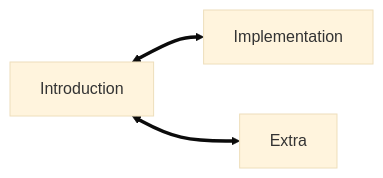
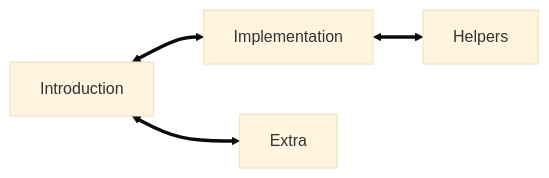
One commit to Iximiel/cudaOnPlumed changed the diagram in NAVIGATION.md. Above: the diagram before and after it, drawn with Mermaid (base theme). The commit also changed 2 other files, not shown here.

Commit message:
small change in the layout

````diff
--- a/NAVIGATION.md
+++ b/NAVIGATION.md
@@ -5,14 +5,17 @@
 ```mermaid
 flowchart LR
 
 Intro[Introduction]
 Implementation
 Extra
+Helpers
 
 Intro <==> Implementation
+Implementation <==> Helpers
 Intro <==> Extra
 
 click Intro "Readme.md" "The introduction"
 click Implementation "Implementation.md" "The coordination implementation"
+click Helpers "Helpers.md" "A simple manual witht the helper library"
 click Extra "Extra.md" "The manual for the companion header"
 ```
````
